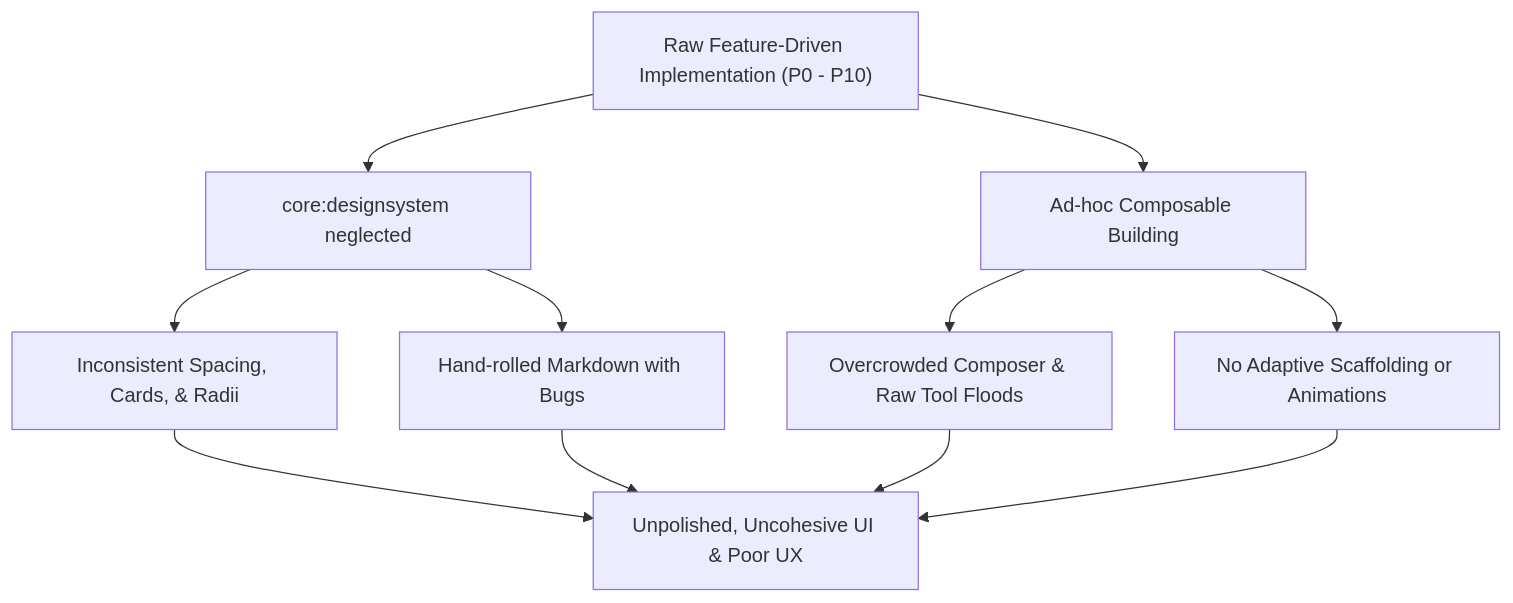
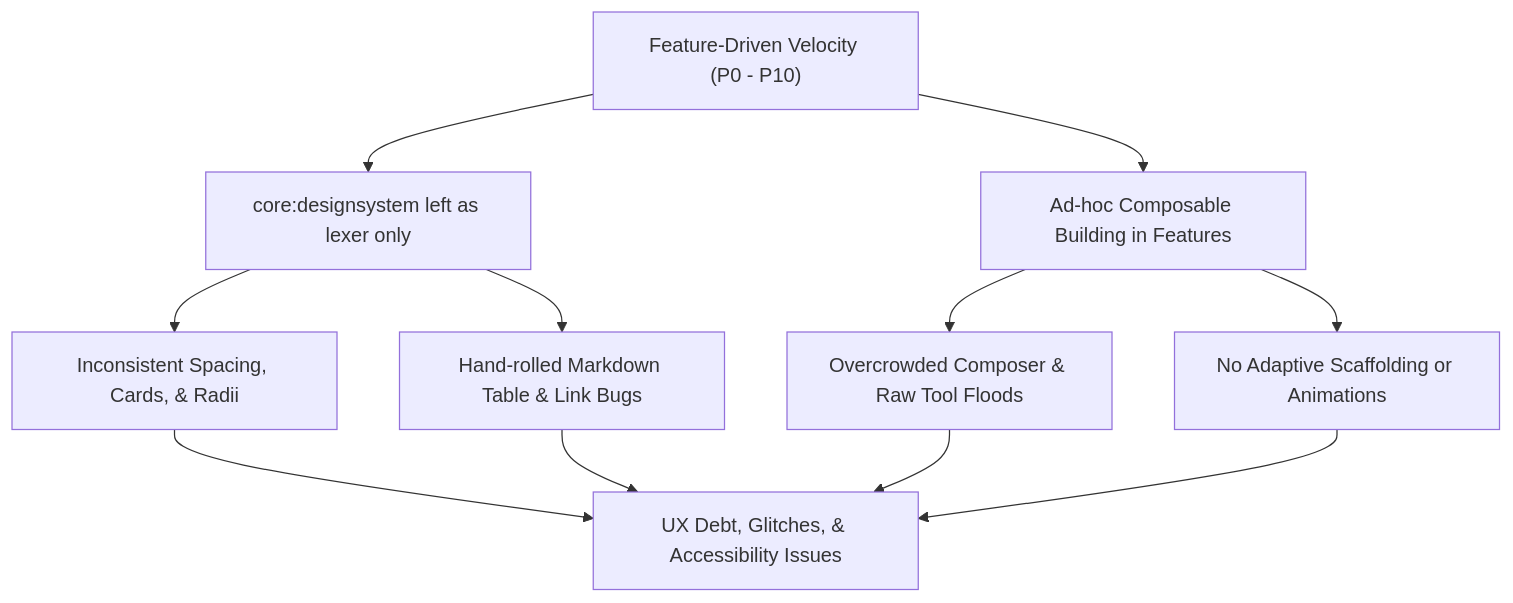
The first of 2 diagrams in Ui-improvement-plan.md (Theblackcat98/opencode-android), drawn with Mermaid before and after one commit. The commit also changed other lines of this file and 43 other files, not shown here.

Commit message:
Execute UI improvement plan across functional bugs, accessibility, and design system

````diff
--- a/Ui-improvement-plan.md
+++ b/Ui-improvement-plan.md
@@ -137,13 +27,13 @@
 ```mermaid
 flowchart TD
-    A["Raw Feature-Driven Implementation (P0 - P10)"] --> B["core:designsystem neglected"]
-    A --> C["Ad-hoc Composable Building"]
+    A["Feature-Driven Velocity (P0 - P10)"] --> B["core:designsystem left as lexer only"]
+    A --> C["Ad-hoc Composable Building in Features"]
     B --> D["Inconsistent Spacing, Cards, & Radii"]
-    B --> E["Hand-rolled Markdown with Bugs"]
+    B --> E["Hand-rolled Markdown Table & Link Bugs"]
     C --> F["Overcrowded Composer & Raw Tool Floods"]
     C --> G["No Adaptive Scaffolding or Animations"]
-    D --> H["Unpolished, Uncohesive UI & Poor UX"]
+    D --> H["UX Debt, Glitches, & Accessibility Issues"]
     E --> H
     F --> H
     G --> H
 ```
````
